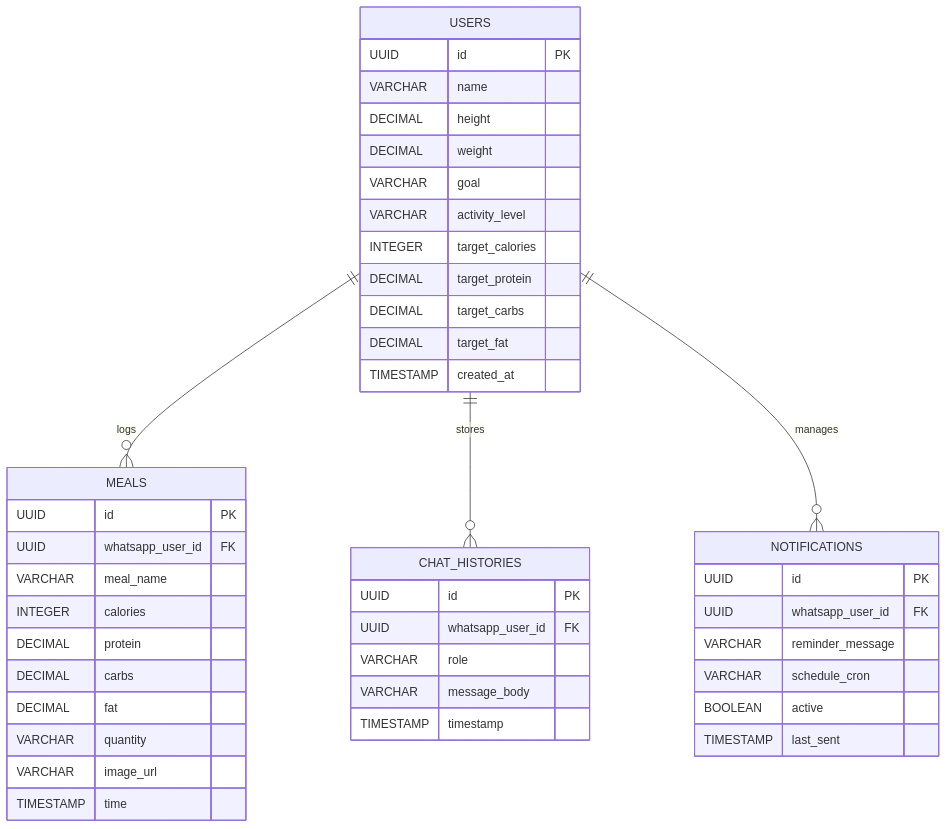
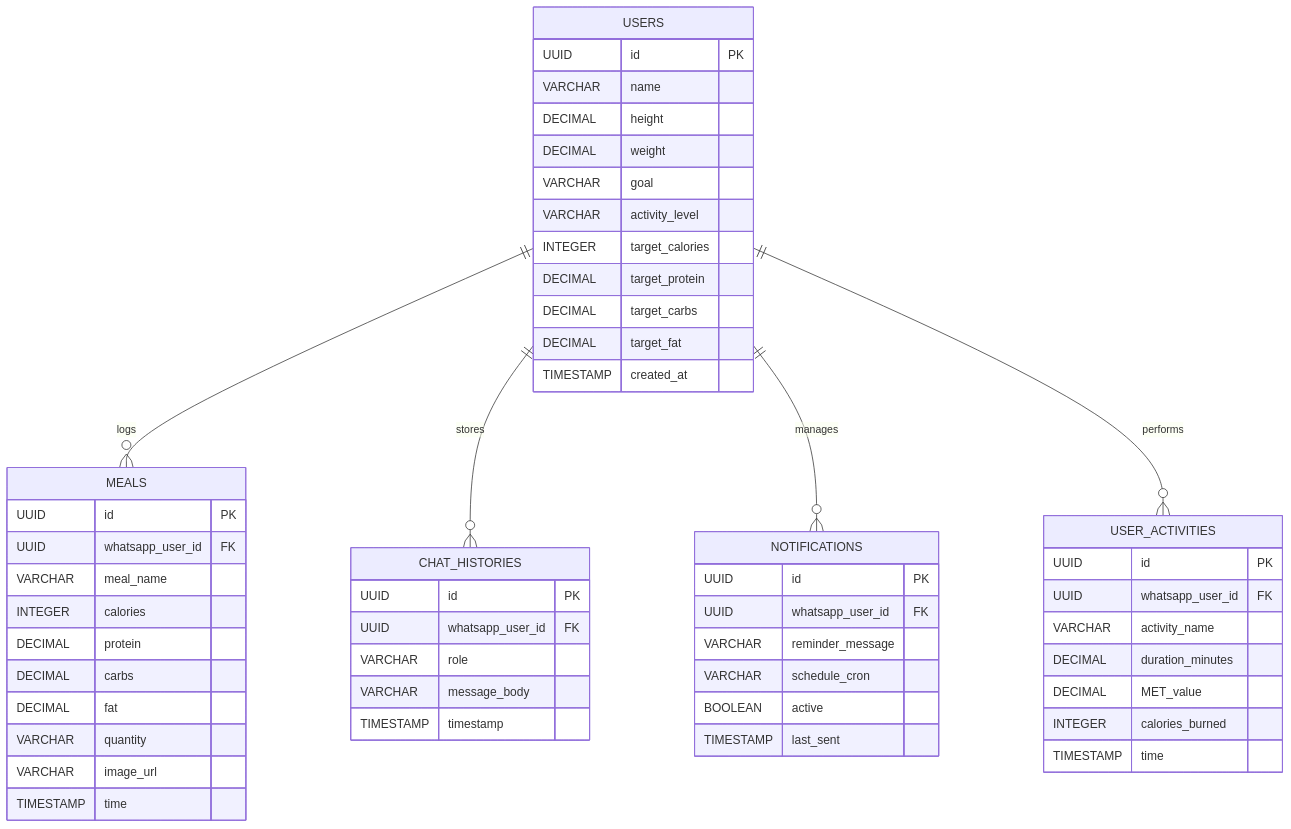
Before and after one commit to Tejas190605/NutriChat-AI: the fourth of 4 diagrams in ARCHITECTURE.md, drawn with Mermaid. The commit also changed other lines of this file and 8 other files, not shown here.

````diff
--- a/ARCHITECTURE.md
+++ b/ARCHITECTURE.md
@@ -114,50 +133,61 @@
 ```mermaid
 erDiagram
     USERS ||--o{ MEALS : "logs"
     USERS ||--o{ CHAT_HISTORIES : "stores"
     USERS ||--o{ NOTIFICATIONS : "manages"
+    USERS ||--o{ USER_ACTIVITIES : "performs"
 
     USERS {
         UUID id PK
         VARCHAR name
         DECIMAL height
         DECIMAL weight
         VARCHAR goal
         VARCHAR activity_level
         INTEGER target_calories
         DECIMAL target_protein
         DECIMAL target_carbs
         DECIMAL target_fat
         TIMESTAMP created_at
     }
 
     MEALS {
         UUID id PK
         UUID whatsapp_user_id FK
         VARCHAR meal_name
         INTEGER calories
         DECIMAL protein
         DECIMAL carbs
         DECIMAL fat
         VARCHAR quantity
         VARCHAR image_url
         TIMESTAMP time
     }
 
     CHAT_HISTORIES {
         UUID id PK
         UUID whatsapp_user_id FK
         VARCHAR role
         VARCHAR message_body
         TIMESTAMP timestamp
     }
 
     NOTIFICATIONS {
         UUID id PK
         UUID whatsapp_user_id FK
         VARCHAR reminder_message
         VARCHAR schedule_cron
         BOOLEAN active
         TIMESTAMP last_sent
     }
+
+    USER_ACTIVITIES {
+        UUID id PK
+        UUID whatsapp_user_id FK
+        VARCHAR activity_name
+        DECIMAL duration_minutes
+        DECIMAL MET_value
+        INTEGER calories_burned
+        TIMESTAMP time
+    }
 ```
````
